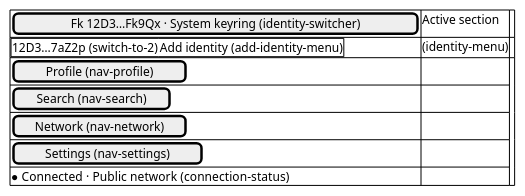
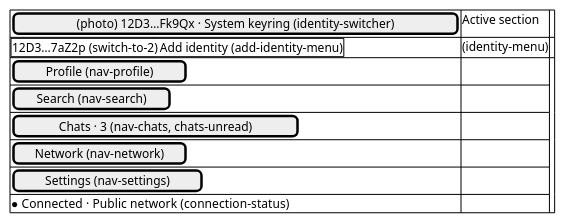
Before and after one commit to abbat/dyapp: the fifth of 14 diagrams in docs/design/desktop-screens.md, drawn with PlantUML. The commit also changed other lines of this file and 8 other files, not shown here.

````diff
--- a/docs/design/desktop-screens.md
+++ b/docs/design/desktop-screens.md
@@ -81,13 +83,14 @@
 ```plantuml
 @startsalt
 {#
-[Fk 12D3…Fk9Qx · System keyring (identity-switcher)] | Active section
+[(photo) 12D3…Fk9Qx · System keyring (identity-switcher)] | Active section
 {+ 12D3…7aZ2p (switch-to-2) | Add identity (add-identity-menu) } (identity-menu) | .
 [Profile (nav-profile)] | .
 [Search (nav-search)] | .
+[Chats · 3 (nav-chats, chats-unread)] | .
 [Network (nav-network)] | .
 [Settings (nav-settings)] | .
 ● Connected · Public network (connection-status) | .
 }
 @endsalt
 ```
````
